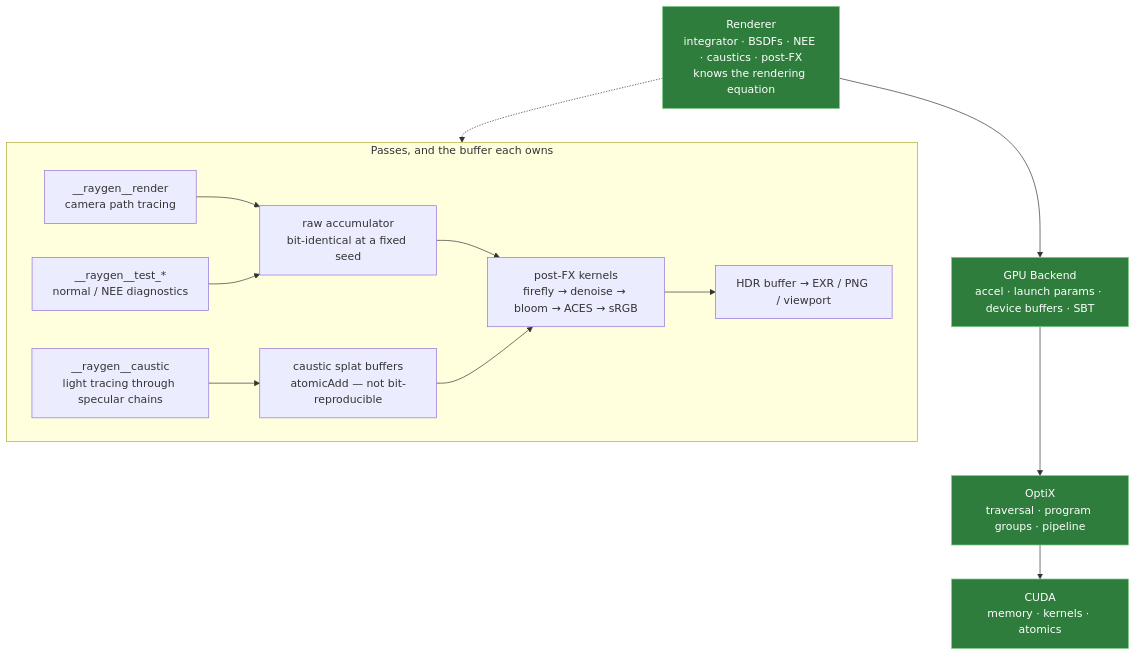
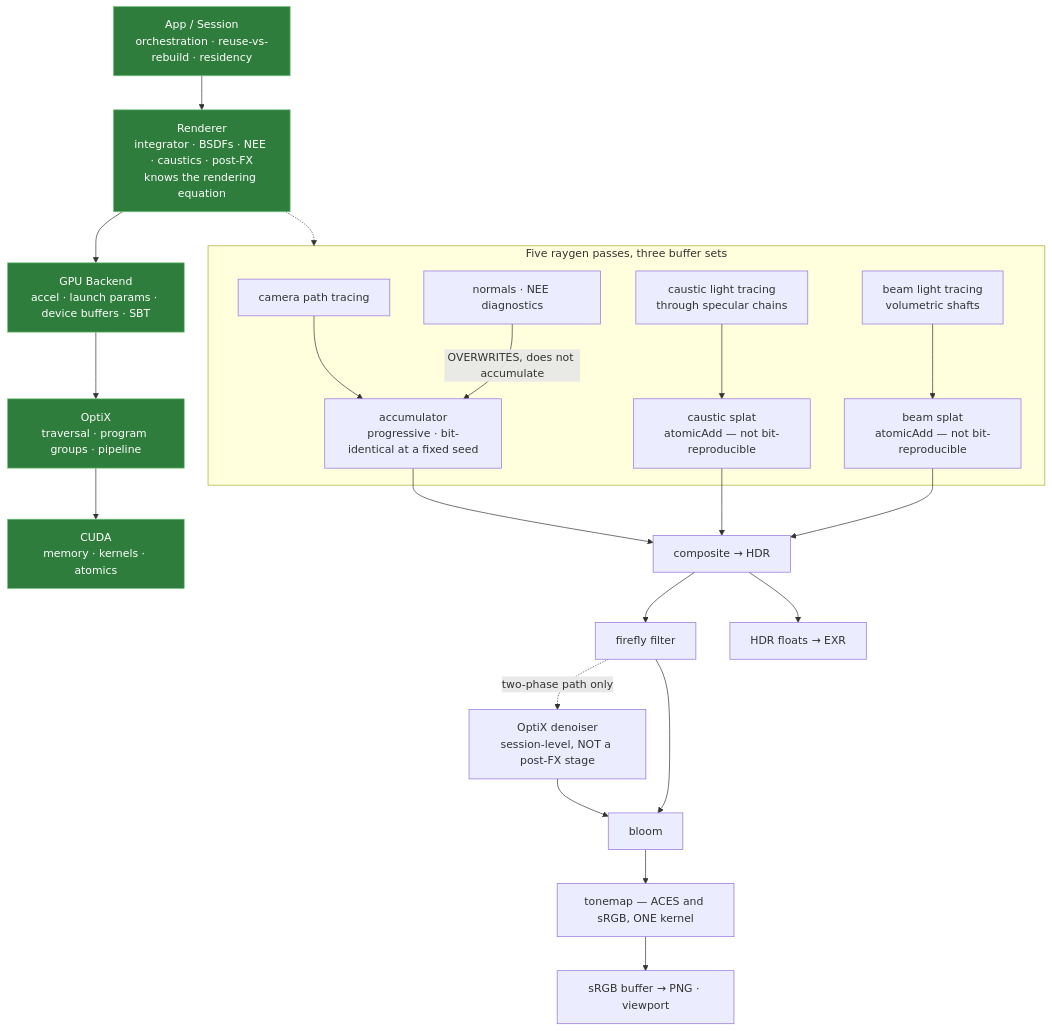
The fifth of 5 diagrams in README.md (nicolasgfx/Portfolio), drawn with Mermaid before and after one commit. The commit also changed other lines of this file, not shown here.

````diff
--- a/README.md
+++ b/README.md
@@ -374,22 +410,32 @@
 ```mermaid
 flowchart TD
+  A["App / Session<br/>orchestration · reuse-vs-rebuild · residency"]
   R["Renderer<br/>integrator · BSDFs · NEE · caustics · post-FX<br/>knows the rendering equation"]
   B["GPU Backend<br/>accel · launch params · device buffers · SBT"]
   O["OptiX<br/>traversal · program groups · pipeline"]
   C["CUDA<br/>memory · kernels · atomics"]
-  R --> B --> O --> C
+  A --> R --> B --> O --> C
 
-  subgraph PASSES["Passes, and the buffer each owns"]
-    P1["__raygen__render<br/>camera path tracing"] --> A1["raw accumulator<br/>bit-identical at a fixed seed"]
-    P2["__raygen__caustic<br/>light tracing through specular chains"] --> A2["caustic splat buffers<br/>atomicAdd — not bit-reproducible"]
-    P3["__raygen__test_*<br/>normal / NEE diagnostics"] --> A1
-    A1 --> PF["post-FX kernels<br/>firefly → denoise → bloom → ACES → sRGB"]
-    A2 --> PF
-    PF --> HDR["HDR buffer → EXR / PNG / viewport"]
+  subgraph PASSES["Five raygen passes, three buffer sets"]
+    P1["camera path tracing"] --> A1["accumulator<br/>progressive · bit-identical at a fixed seed"]
+    P2["caustic light tracing<br/>through specular chains"] --> A2["caustic splat<br/>atomicAdd — not bit-reproducible"]
+    P3["beam light tracing<br/>volumetric shafts"] --> A3["beam splat<br/>atomicAdd — not bit-reproducible"]
+    P4["normals · NEE diagnostics"] -->|"OVERWRITES, does not accumulate"| A1
   end
+
+  A1 --> COMP["composite → HDR"]
+  A2 --> COMP
+  A3 --> COMP
+  COMP --> FF["firefly filter"]
+  FF -.->|"two-phase path only"| DN["OptiX denoiser<br/>session-level, NOT a post-FX stage"]
+  DN --> BL
+  FF --> BL["bloom"]
+  BL --> TM["tonemap — ACES and sRGB, ONE kernel"]
+  TM --> OUT["sRGB buffer → PNG · viewport"]
+  COMP --> EXR["HDR floats → EXR"]
 
   R -.-> PASSES
 
   classDef gpu fill:#2f7d3c,stroke:#7acb85,color:#fff
-  class R,B,O,C gpu
+  class A,R,B,O,C gpu
 ```
````
